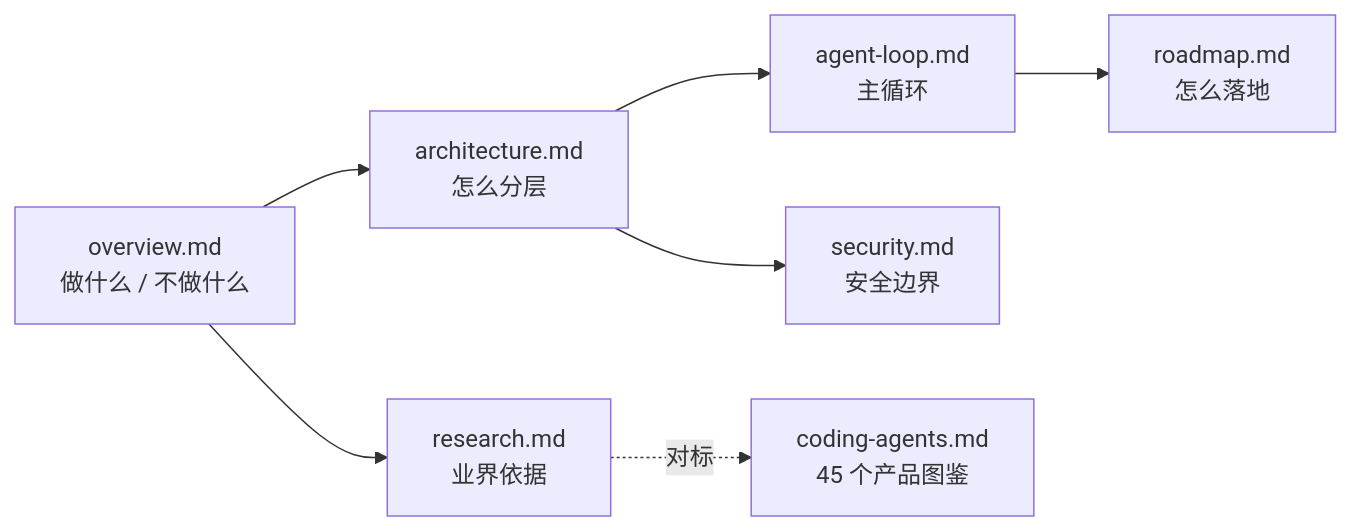
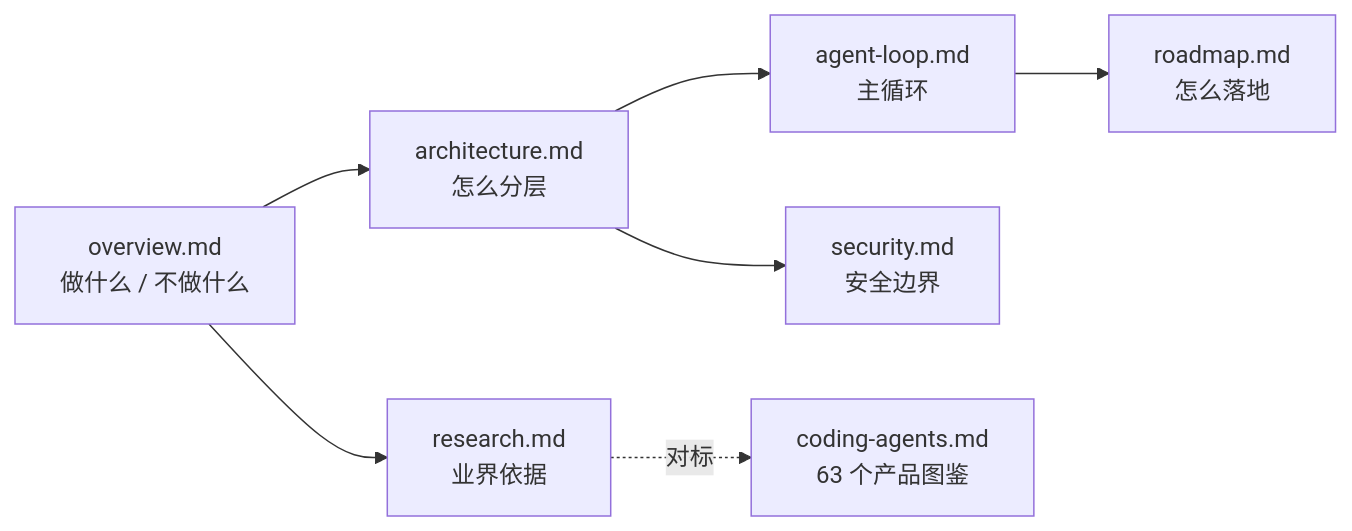
Before and after one commit to OPQ741/mod-agent: the second of 2 diagrams in docs/index.md, drawn with Mermaid. The commit also changed other lines of this file and 9 other files, not shown here.

````diff
--- a/docs/index.md
+++ b/docs/index.md
@@ -96,9 +99,9 @@
 ```mermaid
 flowchart LR
     A["overview.md<br/>做什么 / 不做什么"] --> B["research.md<br/>业界依据"]
     A --> C["architecture.md<br/>怎么分层"]
     C --> D["agent-loop.md<br/>主循环"]
     C --> E["security.md<br/>安全边界"]
     D --> F["roadmap.md<br/>怎么落地"]
-    B -. 对标 .-> G["coding-agents.md<br/>45 个产品图鉴"]
+    B -. 对标 .-> G["coding-agents.md<br/>63 个产品图鉴"]
 ```
````
